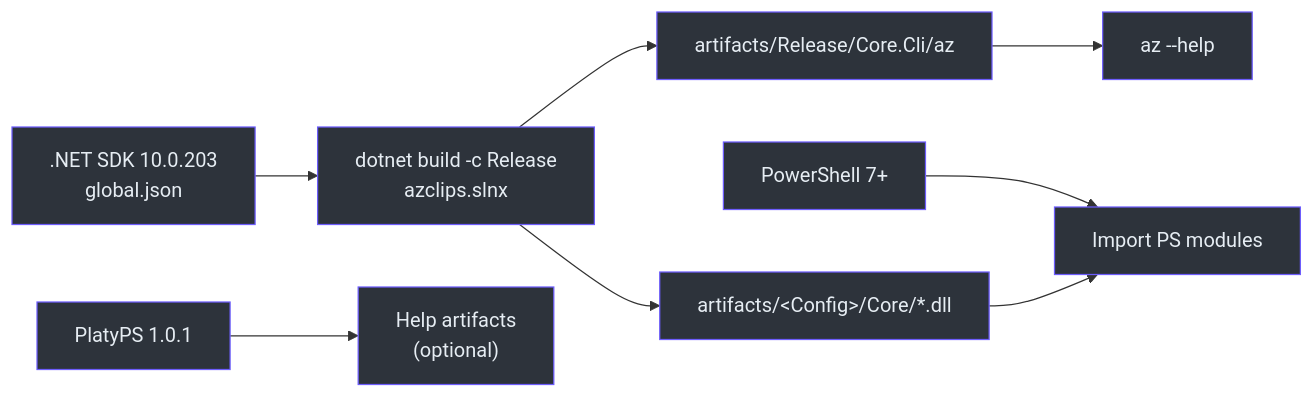
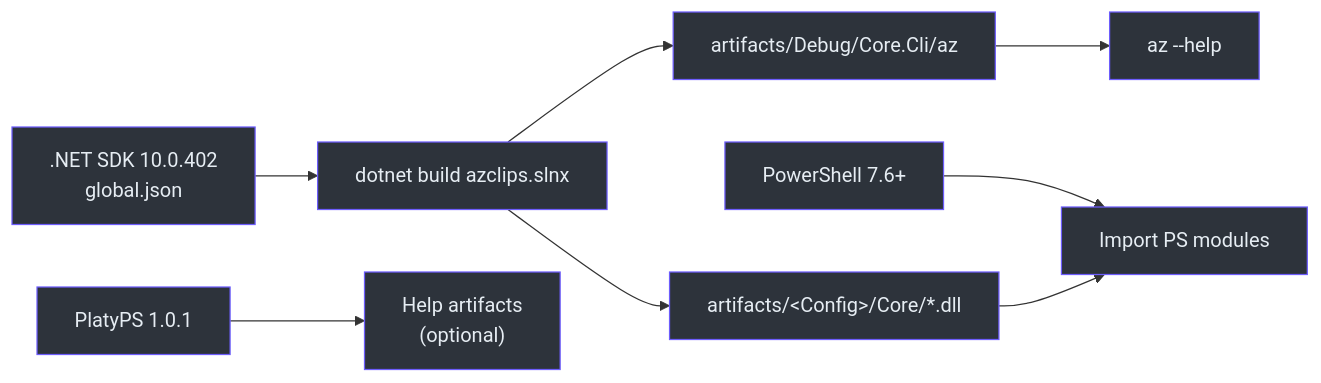
Before and after one commit to Azure/azclips: the first of 2 diagrams in wiki/01-getting-started/environment-setup.md, drawn with Mermaid. The commit also changed other lines of this file and 19 other files, not shown here.

````diff
--- a/wiki/01-getting-started/environment-setup.md
+++ b/wiki/01-getting-started/environment-setup.md
@@ -24,20 +25,20 @@
 ```mermaid
 graph LR
-    SDK[".NET SDK 10.0.203<br>global.json"] --> BUILD["dotnet build -c Release<br>azclips.slnx"]
-    PS7["PowerShell 7+"] --> MODULES["Import PS modules"]
+    SDK[".NET SDK 10.0.402<br>global.json"] --> BUILD["dotnet build azclips.slnx"]
+    PS7["PowerShell 7.6+"] --> MODULES["Import PS modules"]
     PLATY["PlatyPS 1.0.1"] --> HELP["Help artifacts<br>(optional)"]
-    BUILD --> AZ["artifacts/Release/Core.Cli/az"]
+    BUILD --> AZ["artifacts/Debug/Core.Cli/az"]
     BUILD --> DLLS["artifacts/&lt;Config&gt;/Core/*.dll"]
     DLLS --> MODULES
     AZ --> RUN["az --help"]
 
     style SDK fill:#2d333b,stroke:#6d5dfc,color:#e6edf3
     style PS7 fill:#2d333b,stroke:#6d5dfc,color:#e6edf3
     style PLATY fill:#2d333b,stroke:#6d5dfc,color:#e6edf3
     style BUILD fill:#2d333b,stroke:#6d5dfc,color:#e6edf3
     style AZ fill:#2d333b,stroke:#6d5dfc,color:#e6edf3
     style DLLS fill:#2d333b,stroke:#6d5dfc,color:#e6edf3
     style MODULES fill:#2d333b,stroke:#6d5dfc,color:#e6edf3
     style HELP fill:#2d333b,stroke:#6d5dfc,color:#e6edf3
     style RUN fill:#2d333b,stroke:#6d5dfc,color:#e6edf3
 ```
````
